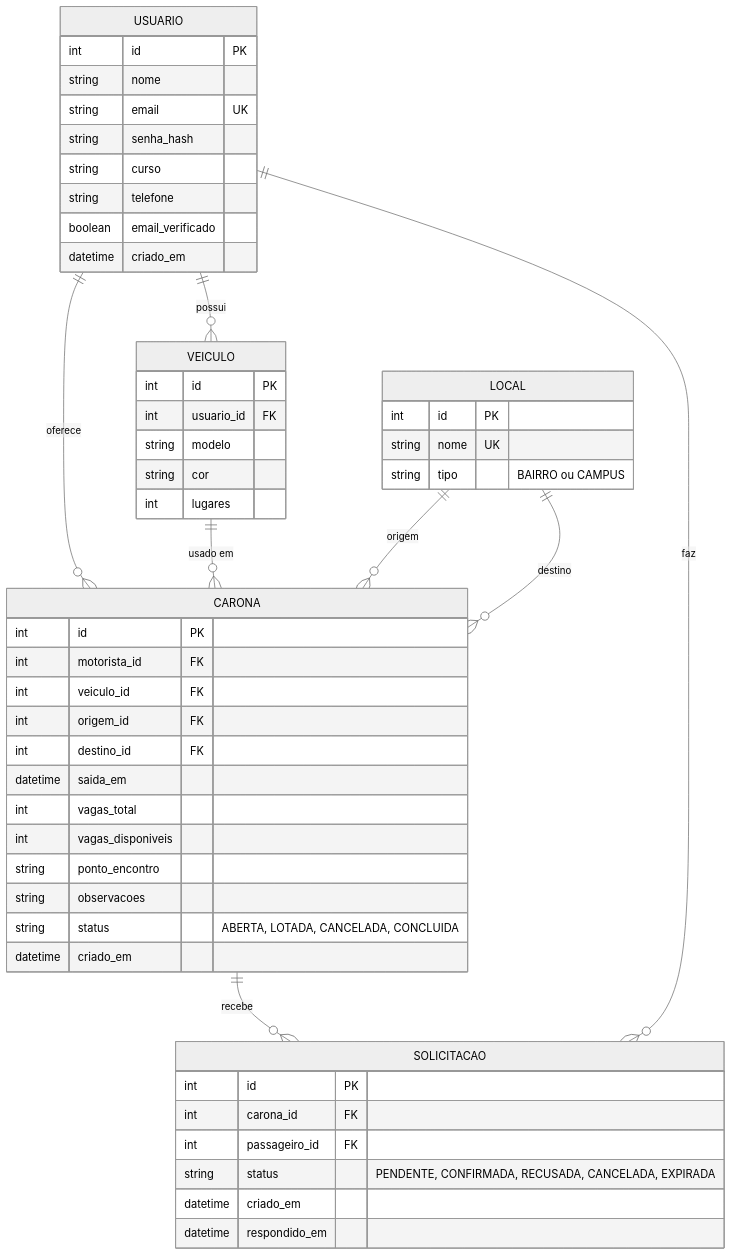
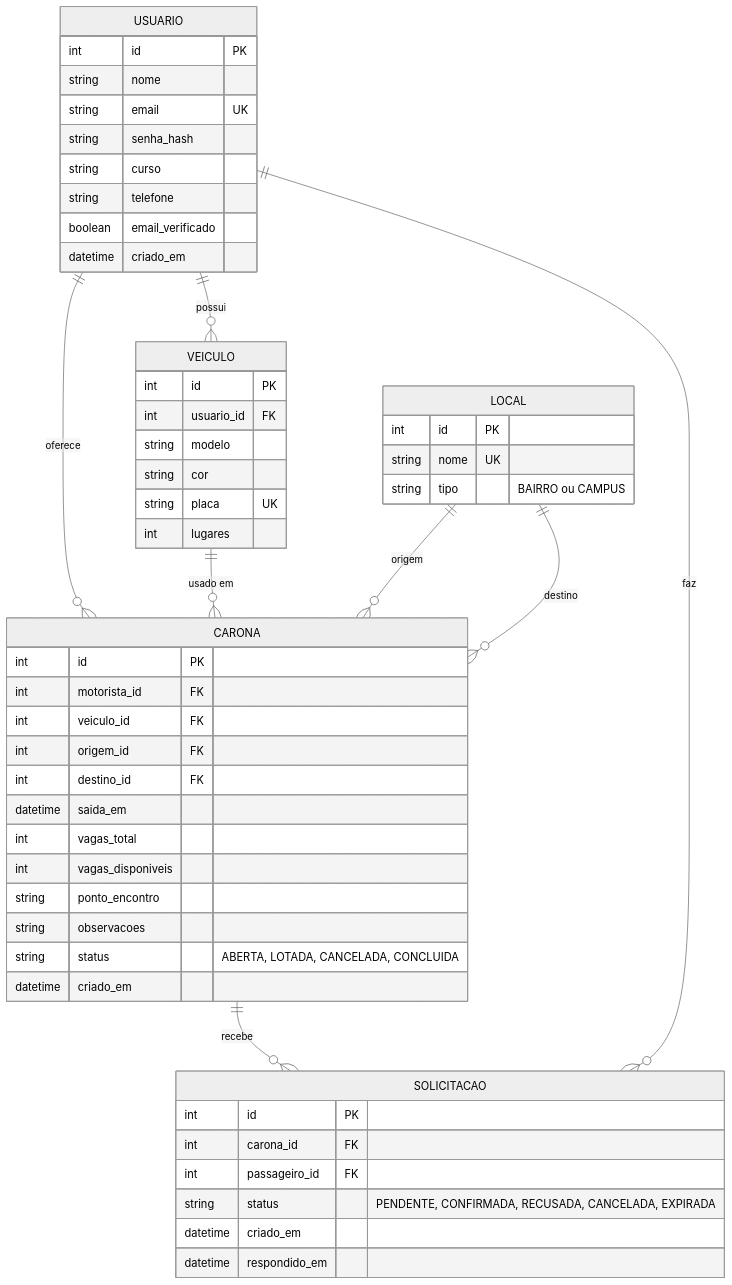
One commit to Lusca1337/Caroville changed the second of 2 diagrams in README.md. Above: the diagram before and after it, drawn with Mermaid (neutral theme). The commit also changed other lines of this file and 60 other files, not shown here.

````diff
--- a/README.md
+++ b/README.md
@@ -46,55 +185,56 @@
 ```mermaid
 erDiagram
   USUARIO ||--o{ VEICULO : possui
   USUARIO ||--o{ CARONA : oferece
   VEICULO ||--o{ CARONA : "usado em"
   LOCAL ||--o{ CARONA : origem
   LOCAL ||--o{ CARONA : destino
   CARONA ||--o{ SOLICITACAO : recebe
   USUARIO ||--o{ SOLICITACAO : faz
 
   USUARIO {
     int id PK
     string nome
     string email UK
     string senha_hash
     string curso
     string telefone
     boolean email_verificado
     datetime criado_em
   }
   VEICULO {
     int id PK
     int usuario_id FK
     string modelo
     string cor
+    string placa UK
     int lugares
   }
   LOCAL {
     int id PK
     string nome UK
     string tipo "BAIRRO ou CAMPUS"
   }
   CARONA {
     int id PK
     int motorista_id FK
     int veiculo_id FK
     int origem_id FK
     int destino_id FK
     datetime saida_em
     int vagas_total
     int vagas_disponiveis
     string ponto_encontro
     string observacoes
     string status "ABERTA, LOTADA, CANCELADA, CONCLUIDA"
     datetime criado_em
   }
   SOLICITACAO {
     int id PK
     int carona_id FK
     int passageiro_id FK
     string status "PENDENTE, CONFIRMADA, RECUSADA, CANCELADA, EXPIRADA"
     datetime criado_em
     datetime respondido_em
   }
 ```
````
